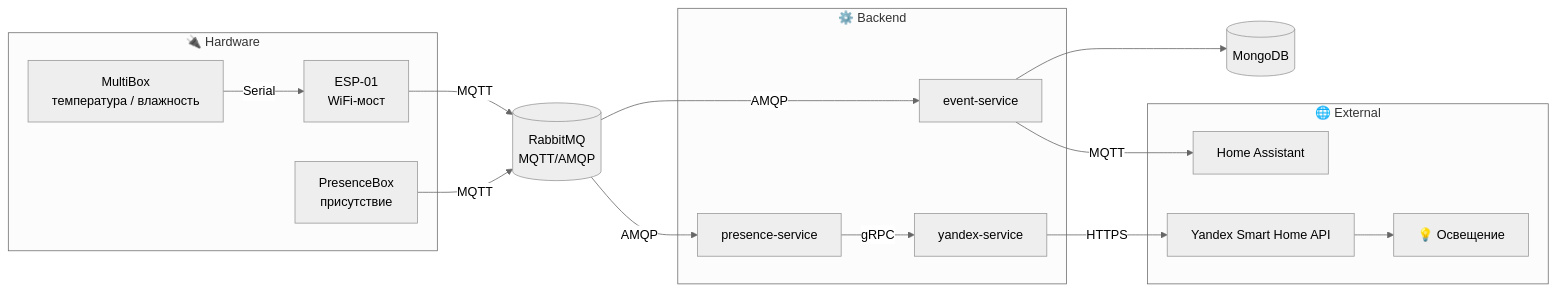
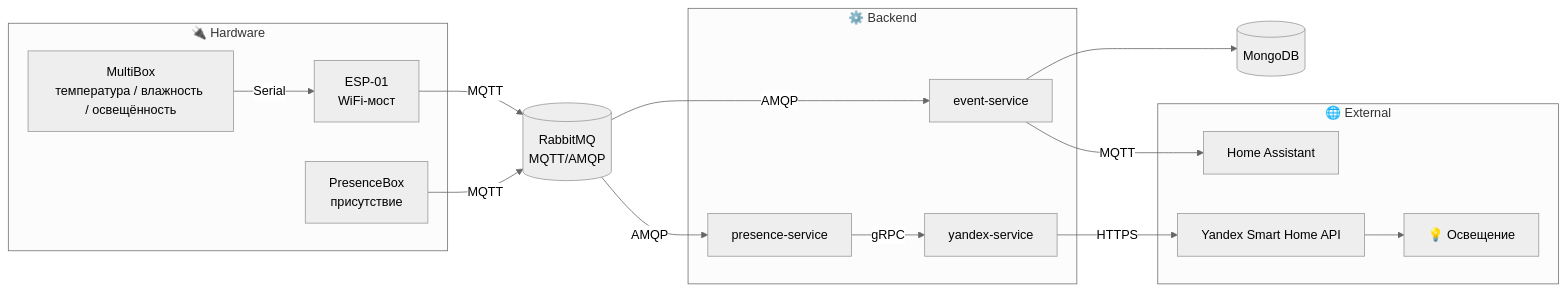
One commit to JohnnyNovac/home-sweet-home changed the diagram in README.md. Above: the diagram before and after it, drawn with Mermaid (neutral theme). The commit also changed other lines of this file and 25 other files, not shown here.

````diff
--- a/README.md
+++ b/README.md
@@ -11,35 +11,35 @@
 ```mermaid
 flowchart LR
     subgraph Hardware["🔌 Hardware"]
-        MB[MultiBox<br/>температура / влажность]
+        MB[MultiBox<br/>температура / влажность / освещённость]
         ESP[ESP-01<br/>WiFi-мост]
         PB[PresenceBox<br/>присутствие]
         MB -->|Serial| ESP
     end
 
     BROKER[(RabbitMQ<br/>MQTT/AMQP)]
 
     subgraph Backend["⚙️ Backend"]
         ES[event-service]
         PS[presence-service]
         YS[yandex-service]
     end
 
     MONGO[(MongoDB)]
 
     subgraph External["🌐 External"]
         HA[Home Assistant]
         YAPI[Yandex Smart Home API]
         LIGHTNING[💡 Освещение]
     end
 
     ESP -->|MQTT| BROKER
     PB -->|MQTT| BROKER
     BROKER -->|AMQP| ES
     BROKER -->|AMQP| PS
     ES --> MONGO
     ES -->|MQTT| HA
     PS -->|gRPC| YS
     YS -->|HTTPS| YAPI
     YAPI --> LIGHTNING
 ```
````
